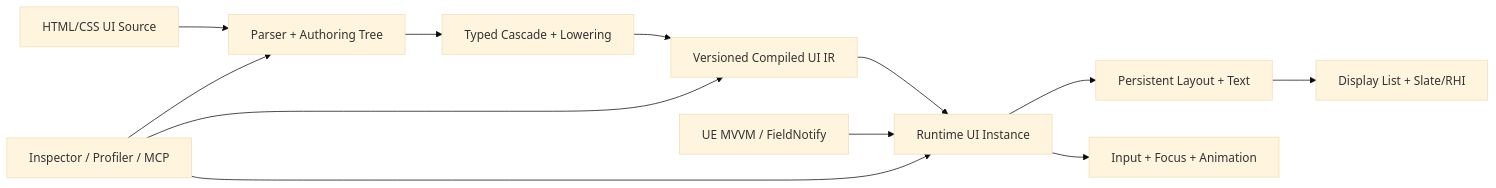
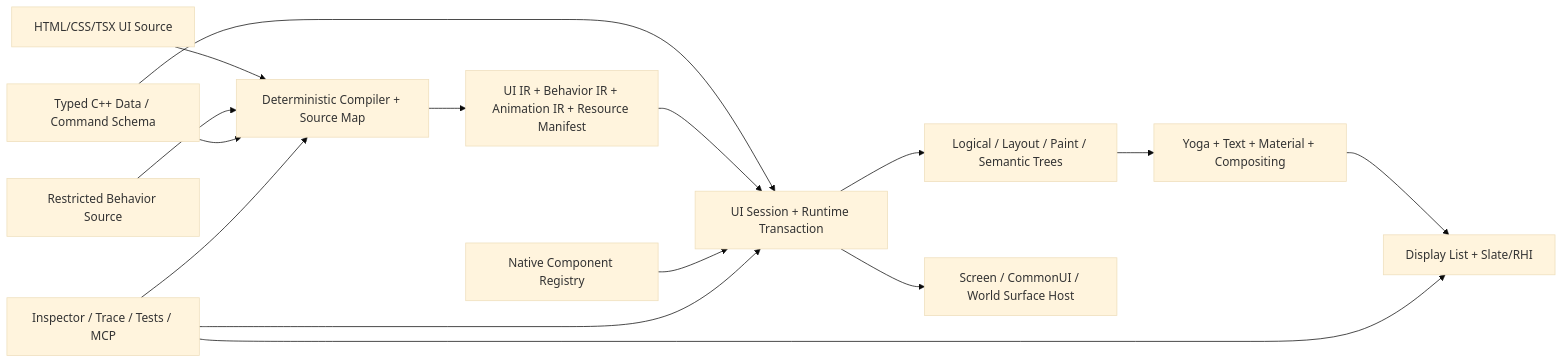
One commit to Dershine/WebToUE changed the diagram in Plugins/WebToUE/Docs/WTUE_TechnicalSummary.md. Above: the diagram before and after it, drawn with Mermaid (base theme). The commit also changed other lines of this file and 4 other files, not shown here.

Commit message:
Close M3.0 native component contract route

````diff
--- a/Plugins/WebToUE/Docs/WTUE_TechnicalSummary.md
+++ b/Plugins/WebToUE/Docs/WTUE_TechnicalSummary.md
@@ -145,14 +151,17 @@
 ```mermaid
 flowchart LR
-    A["HTML/CSS UI Source"] --> B["Parser + Authoring Tree"]
-    B --> C["Typed Cascade + Lowering"]
-    C --> D["Versioned Compiled UI IR"]
-    D --> E["Runtime UI Instance"]
-    F["UE MVVM / FieldNotify"] --> E
-    E --> G["Persistent Layout + Text"]
+    A["HTML/CSS/TSX UI Source"] --> C["Deterministic Compiler + Source Map"]
+    B["Restricted Behavior Source"] --> C
+    C --> D["UI IR + Behavior IR + Animation IR + Resource Manifest"]
+    S["Typed C++ Data / Command Schema"] --> C
+    S --> E["UI Session + Runtime Transaction"]
+    D --> E
+    N["Native Component Registry"] --> E
+    E --> F["Logical / Layout / Paint / Semantic Trees"]
+    F --> G["Yoga + Text + Material + Compositing"]
     G --> H["Display List + Slate/RHI"]
-    E --> I["Input + Focus + Animation"]
-    J["Inspector / Profiler / MCP"] --> B
-    J --> D
+    E --> I["Screen / CommonUI / World Surface Host"]
+    J["Inspector / Trace / Tests / MCP"] --> C
     J --> E
+    J --> H
 ```
````
